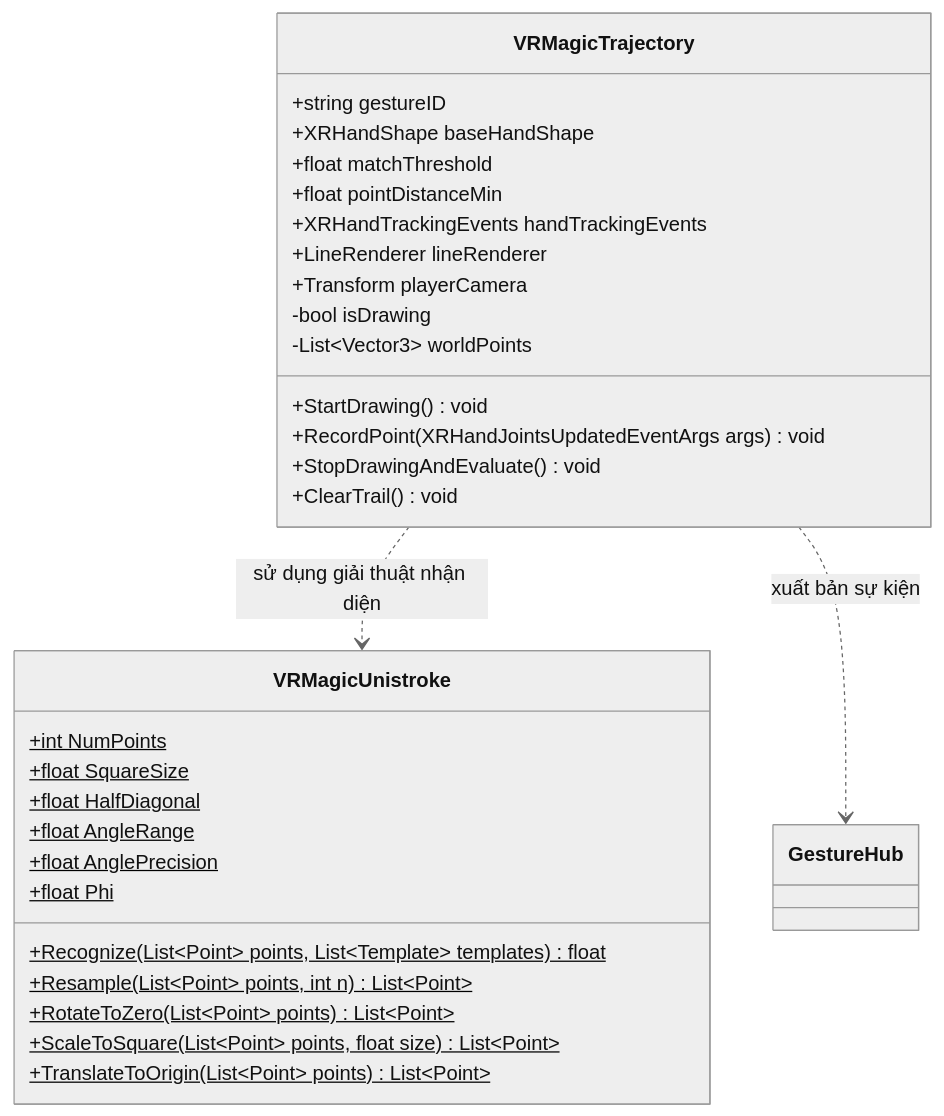
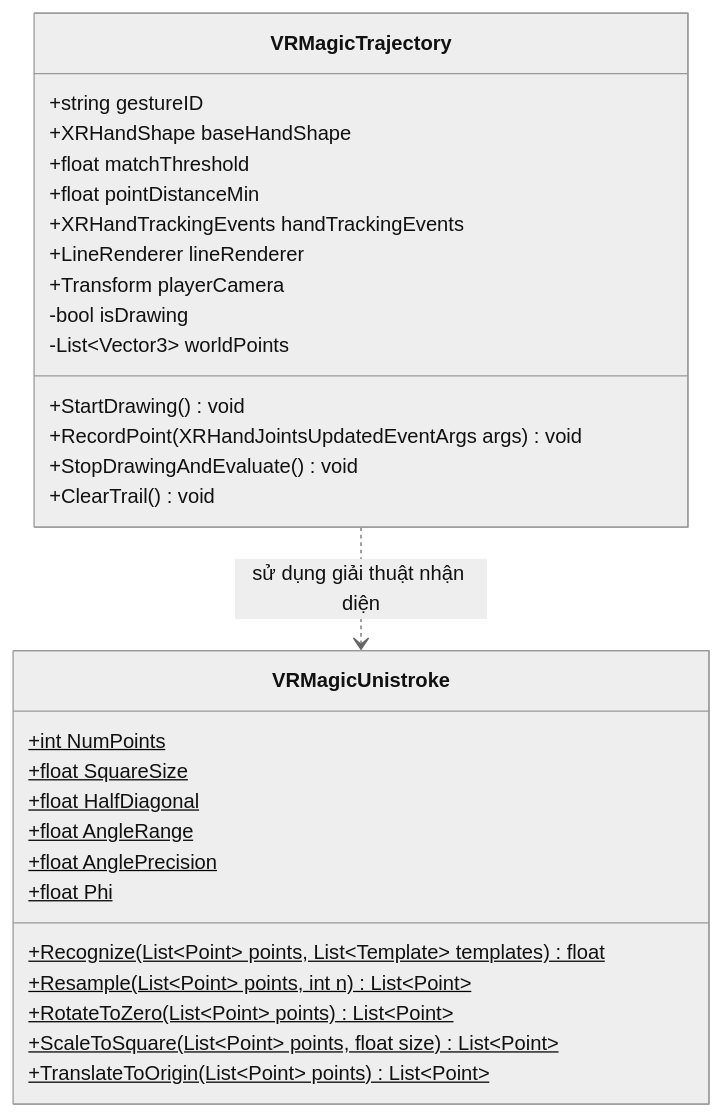
Before and after one commit to MinhTrinh04/ASL: the fifth of 7 diagrams in docs/DATN/12-Chương_5_Các_giải_pháp_và_đóng_góp_nổi_bật.md, drawn with Mermaid. The commit also changed other lines of this file, not shown here.

Commit message:
update thiết kế chi tiết VRMagic

````diff
--- a/docs/DATN/12-Chương_5_Các_giải_pháp_và_đóng_góp_nổi_bật.md
+++ b/docs/DATN/12-Chương_5_Các_giải_pháp_và_đóng_góp_nổi_bật.md
@@ -312,36 +312,35 @@
 ```mermaid
 %%{init: {'theme': 'neutral'}}%%
 classDiagram
     class VRMagicTrajectory {
         +string gestureID
         +XRHandShape baseHandShape
         +float matchThreshold
         +float pointDistanceMin
         +XRHandTrackingEvents handTrackingEvents
         +LineRenderer lineRenderer
         +Transform playerCamera
         -bool isDrawing
         -List~Vector3~ worldPoints
         +StartDrawing() void
         +RecordPoint(XRHandJointsUpdatedEventArgs args) void
         +StopDrawingAndEvaluate() void
         +ClearTrail() void
     }
 
     class VRMagicUnistroke {
         +int NumPoints$
         +float SquareSize$
         +float HalfDiagonal$
         +float AngleRange$
         +float AnglePrecision$
         +float Phi$
         +Recognize(List~Point~ points, List~Template~ templates)$ float
         +Resample(List~Point~ points, int n)$ List~Point~
         +RotateToZero(List~Point~ points)$ List~Point~
         +ScaleToSquare(List~Point~ points, float size)$ List~Point~
         +TranslateToOrigin(List~Point~ points)$ List~Point~
     }
 
     VRMagicTrajectory ..> VRMagicUnistroke : sử dụng giải thuật nhận diện
-    VRMagicTrajectory ..> GestureHub : xuất bản sự kiện
 ```
````
